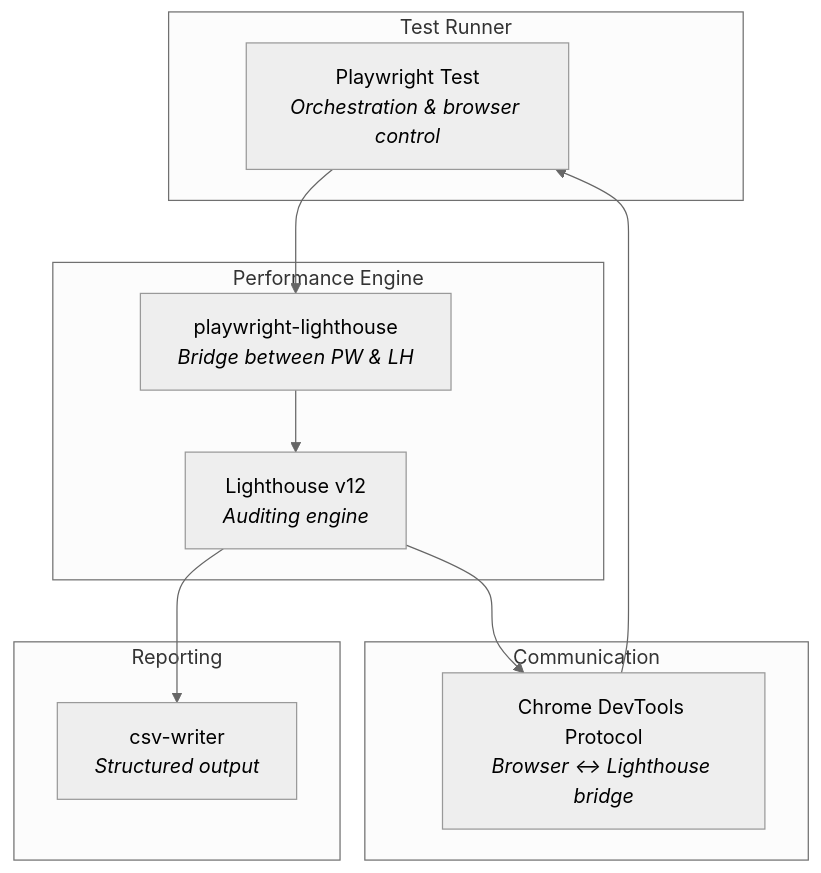
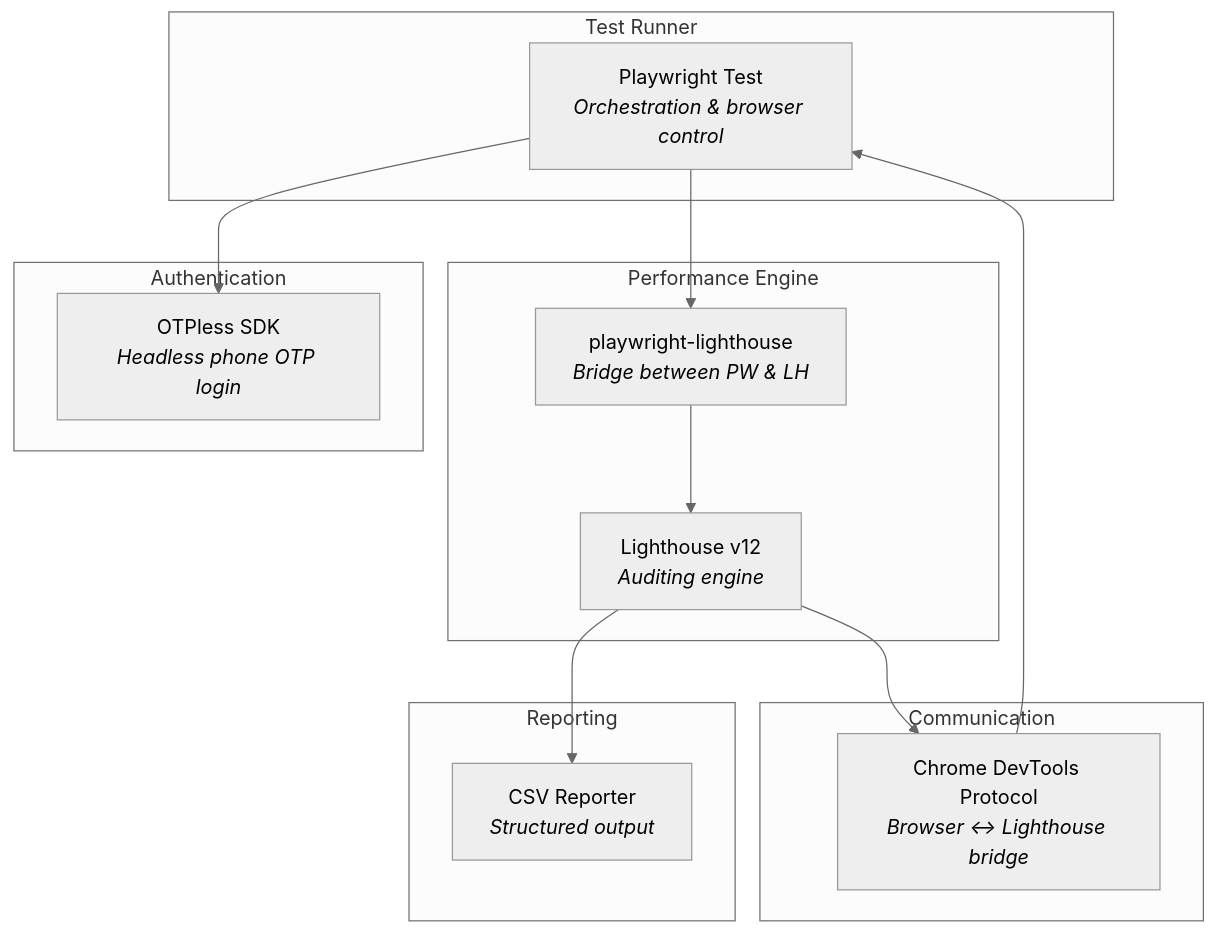
The second of 7 diagrams in README.md (getloconow/Loco_Performance_Automation), drawn with Mermaid (neutral theme) before and after one commit. The commit also changed other lines of this file, not shown here.

````diff
--- a/README.md
+++ b/README.md
@@ -112,25 +107,30 @@
 ```mermaid
 graph TD
     subgraph "Test Runner"
         PW["Playwright Test<br/><i>Orchestration & browser control</i>"]
     end
 
     subgraph "Performance Engine"
         LH["Lighthouse v12<br/><i>Auditing engine</i>"]
         PLH["playwright-lighthouse<br/><i>Bridge between PW & LH</i>"]
     end
 
     subgraph "Communication"
         CDP["Chrome DevTools Protocol<br/><i>Browser ↔ Lighthouse bridge</i>"]
     end
 
+    subgraph "Authentication"
+        OTPLESS["OTPless SDK<br/><i>Headless phone OTP login</i>"]
+    end
+
     subgraph "Reporting"
-        CSV["csv-writer<br/><i>Structured output</i>"]
+        CSV["CSV Reporter<br/><i>Structured output</i>"]
     end
 
     PW --> PLH
     PLH --> LH
     LH --> CDP
     CDP --> PW
     LH --> CSV
+    PW --> OTPLESS
 ```
````
